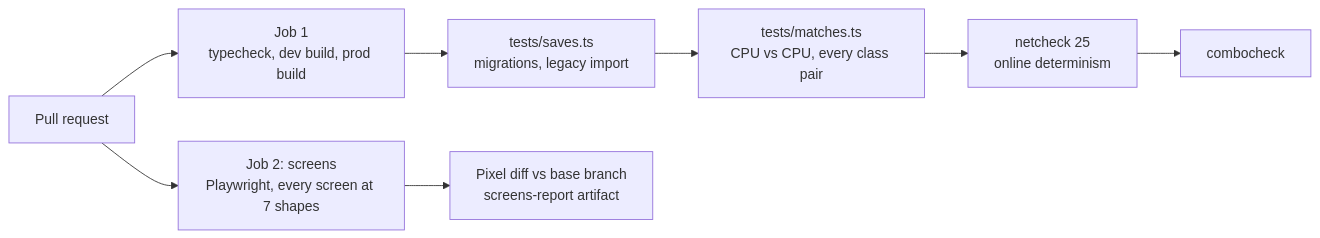
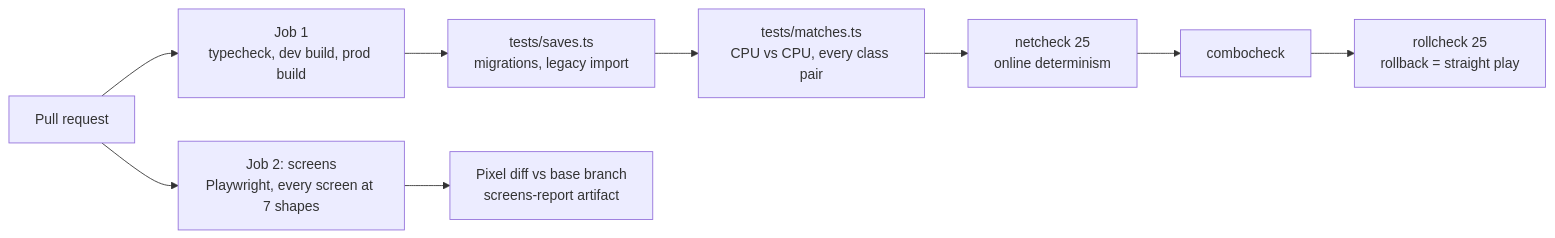
One commit to WesleyT4N/spell-vs-steel changed diagram 14 of 14 in docs/ARCHITECTURE.md. Above: the diagram before and after it, drawn with Mermaid. The commit also changed other lines of this file, not shown here.

First line of the commit message:
Architecture doc: rollback netcode (#44), save module finished (#54)

````diff
--- a/docs/ARCHITECTURE.md
+++ b/docs/ARCHITECTURE.md
@@ -362,9 +368,9 @@
 ```mermaid
 flowchart LR
   pr[Pull request] --> a["Job 1<br/>typecheck, dev build, prod build"]
   a --> sv["tests/saves.ts<br/>migrations, legacy import"] --> m["tests/matches.ts<br/>CPU vs CPU, every class pair"]
   m --> n["netcheck 25<br/>online determinism"]
-  n --> c[combocheck]
+  n --> c[combocheck] --> rc["rollcheck 25<br/>rollback = straight play"]
   pr --> b["Job 2: screens<br/>Playwright, every screen at 7 shapes"]
   b --> d["Pixel diff vs base branch<br/>screens-report artifact"]
 ```
````
